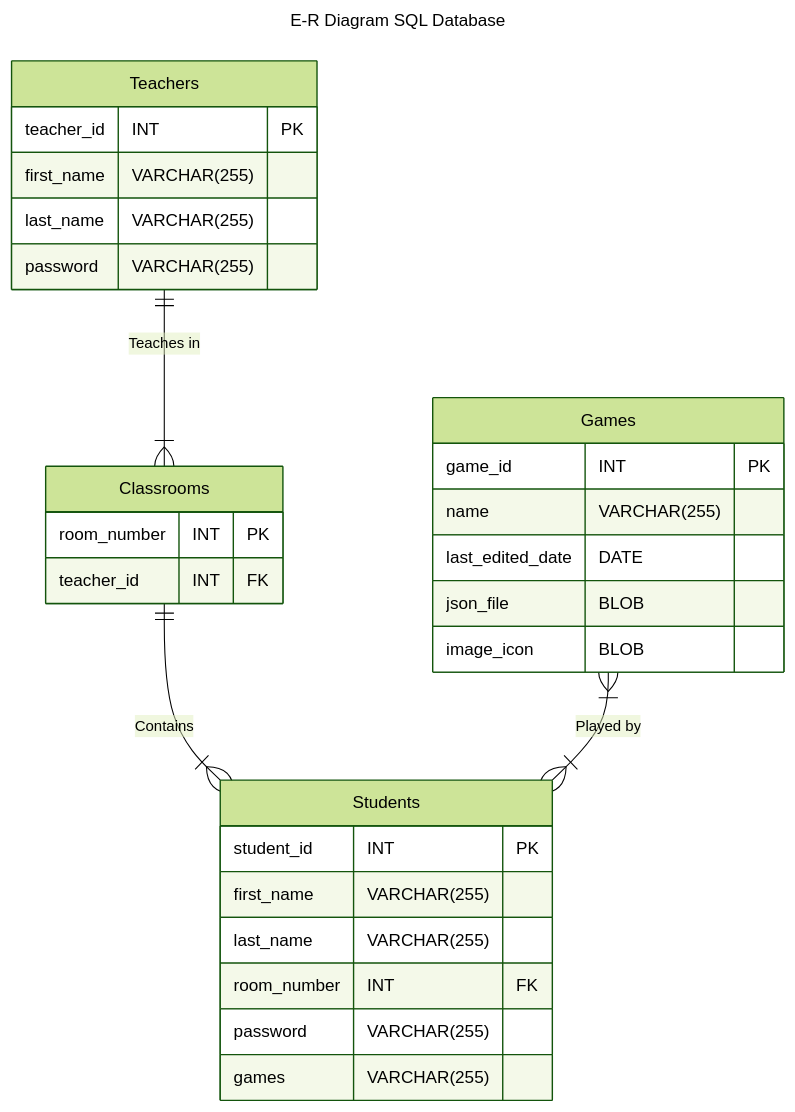
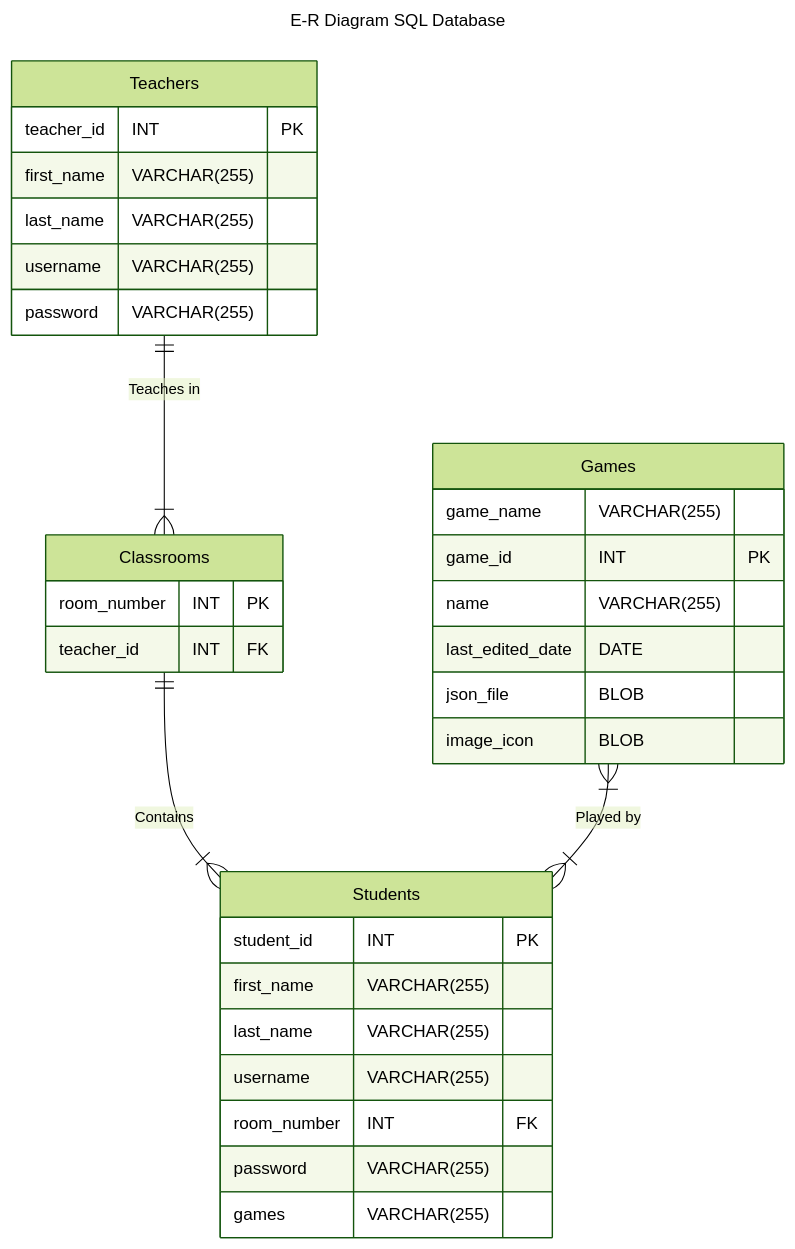
One commit to Capstone-Projects-2024-Spring/project-blastpad changed diagram 13 of 13 in documentation/docs/system-architecture/design.md. Above: the diagram before and after it, drawn with Mermaid (forest theme).

Commit message:
added usernames for students/teachers

````diff
--- a/documentation/docs/system-architecture/design.md
+++ b/documentation/docs/system-architecture/design.md
@@ -688,35 +688,38 @@
 ```mermaid
 ---
 title: "E-R Diagram SQL Database"
 ---
 erDiagram
     Teachers {
         teacher_id INT PK
         first_name VARCHAR(255)
         last_name VARCHAR(255)
-        password VARCHAR(255)
+        username VARCHAR(255)
+		password VARCHAR(255)
     }
     Classrooms {
         room_number INT PK
         teacher_id INT FK
     }
     Students {
         student_id INT PK
         first_name VARCHAR(255)
         last_name VARCHAR(255)
+		username VARCHAR(255)
         room_number INT FK
         password VARCHAR(255)
         games VARCHAR(255)
     }
     Games {
+		game_name VARCHAR(255)
         game_id INT PK
         name VARCHAR(255)
         last_edited_date DATE
         json_file BLOB
         image_icon BLOB
     }
     
     Teachers ||--|{ Classrooms : "Teaches in"
     Classrooms ||--|{ Students : "Contains"
     Games |{--|{ Students : "Played by"
 ```
````
